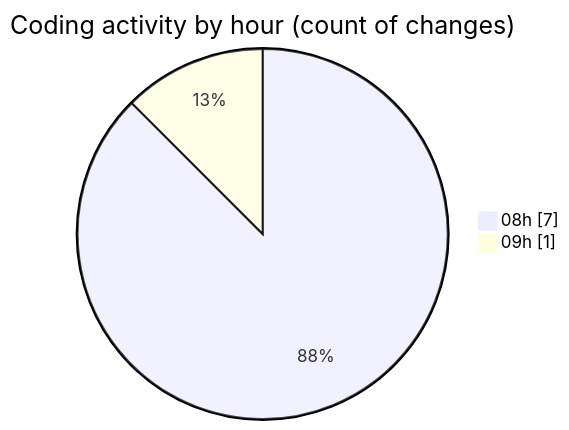
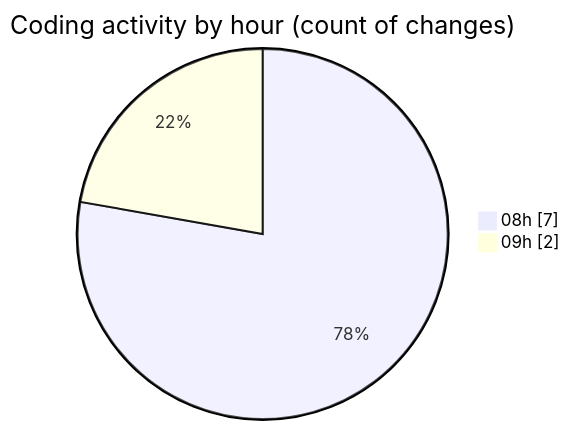
Before and after one commit to Unknowalive/code-tracking: the second of 2 diagrams in 2026-09-01/web_tec_2026/README.md, drawn with Mermaid. The commit also changed other lines of this file and 1 other file, not shown here.

````diff
--- a/2026-09-01/web_tec_2026/README.md
+++ b/2026-09-01/web_tec_2026/README.md
@@ -35,6 +36,6 @@
 ```mermaid
 pie showData
 title Coding activity by hour (count of changes)
 "08h" : 7
-"09h" : 1
+"09h" : 2
 ```
````
